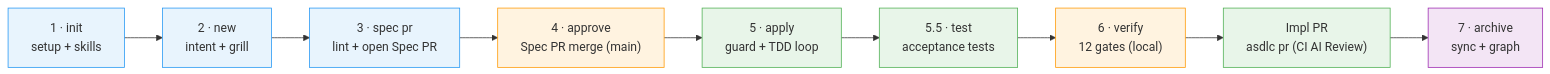
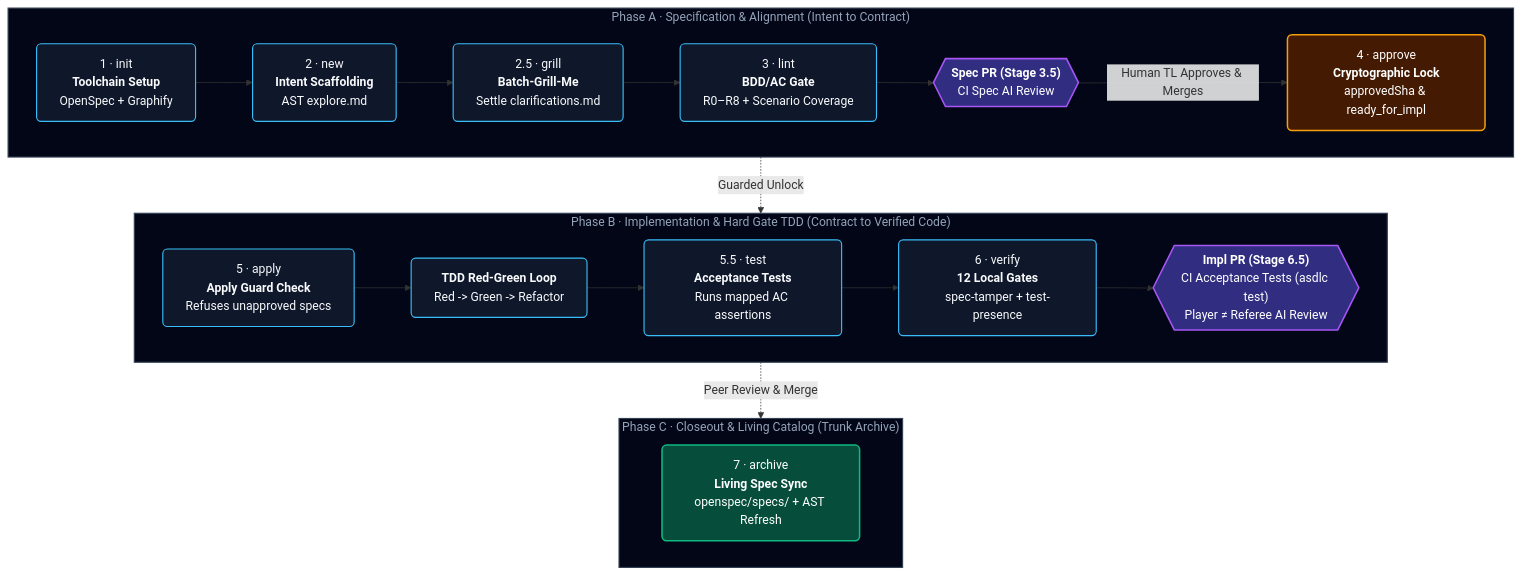
Before and after one commit to akjamie/agentic-sdlc: the second of 3 diagrams in README.md, drawn with Mermaid. The commit also changed other lines of this file, not shown here.

Commit message:
style(readme): redesign architecture, seven stages, and verify diagrams with modern aesthetics

````diff
--- a/README.md
+++ b/README.md
@@ -126,21 +150,37 @@
 ```mermaid
-flowchart LR
-    S1["1 · init<br/>setup + skills"] --> S2["2 · new<br/>intent + grill"]
-    S2 --> S3["3 · spec pr<br/>lint + open Spec PR"]
-    S3 --> S4["4 · approve<br/>Spec PR merge (main)"]
-    S4 --> S5["5 · apply<br/>guard + TDD loop"]
-    S5 --> S5b["5.5 · test<br/>acceptance tests"]
-    S5b --> S6["6 · verify<br/>12 gates (local)"]
-    S6 --> PR2["Impl PR<br/>asdlc pr (CI AI Review)"]
-    PR2 --> S7["7 · archive<br/>sync + graph"]
+flowchart TD
+    subgraph PHASE1 ["Phase A · Specification & Alignment (Intent to Contract)"]
+        direction LR
+        S1["1 · init<br/><b>Toolchain Setup</b><br/>OpenSpec + Graphify"] --> S2["2 · new<br/><b>Intent Scaffolding</b><br/>AST explore.md"]
+        S2 --> S2b["2.5 · grill<br/><b>Batch-Grill-Me</b><br/>Settle clarifications.md"]
+        S2b --> S3["3 · lint<br/><b>BDD/AC Gate</b><br/>R0–R8 + Scenario Coverage"]
+        S3 --> PR1{{"<b>Spec PR (Stage 3.5)</b><br/>CI Spec AI Review"}}
+        PR1 -->|"Human TL Approves & Merges"| S4["4 · approve<br/><b>Cryptographic Lock</b><br/>approvedSha & ready_for_impl"]
+    end
 
-    style S1 fill:#e8f4fd,stroke:#2196f3
-    style S2 fill:#e8f4fd,stroke:#2196f3
-    style S3 fill:#e8f4fd,stroke:#2196f3
-    style S4 fill:#fff3e0,stroke:#ff9800
-    style S5 fill:#e8f5e9,stroke:#4caf50
-    style S5b fill:#e8f5e9,stroke:#4caf50
-    style S6 fill:#fff3e0,stroke:#ff9800
-    style PR2 fill:#e8f5e9,stroke:#4caf50
-    style S7 fill:#f3e5f5,stroke:#9c27b0
+    subgraph PHASE2 ["Phase B · Implementation & Hard Gate TDD (Contract to Verified Code)"]
+        direction LR
+        S4 -.->|"Guarded Unlock"| S5["5 · apply<br/><b>Apply Guard Check</b><br/>Refuses unapproved specs"]
+        S5 --> S5_TDD["<b>TDD Red-Green Loop</b><br/>Red -> Green -> Refactor"]
+        S5_TDD --> S5_TEST["5.5 · test<br/><b>Acceptance Tests</b><br/>Runs mapped AC assertions"]
+        S5_TEST --> S6["6 · verify<br/><b>12 Local Gates</b><br/>spec-tamper + test-presence"]
+        S6 --> PR2{{"<b>Impl PR (Stage 6.5)</b><br/>CI Acceptance Tests (asdlc test)<br/>Player ≠ Referee AI Review"}}
+    end
+
+    subgraph PHASE3 ["Phase C · Closeout & Living Catalog (Trunk Archive)"]
+        direction LR
+        PR2 -.->|"Peer Review & Merge"| S7["7 · archive<br/><b>Living Spec Sync</b><br/>openspec/specs/ + AST Refresh"]
+    end
+
+    classDef stageBox fill:#0f172a,stroke:#38bdf8,stroke-width:1.5px,color:#f8fafc,rx:6px,ry:6px;
+    classDef prBox fill:#312e81,stroke:#a855f7,stroke-width:2px,color:#ffffff,rx:10px,ry:10px;
+    classDef lockBox fill:#451a03,stroke:#f59e0b,stroke-width:2px,color:#ffffff,rx:6px,ry:6px;
+    classDef closeBox fill:#064e3b,stroke:#10b981,stroke-width:2px,color:#ffffff,rx:6px,ry:6px;
+    classDef subStyle fill:#020617,stroke:#334155,stroke-width:1.5px,color:#94a3b8;
+
+    class S1,S2,S2b,S3,S5,S5_TDD,S5_TEST,S6 stageBox;
+    class PR1,PR2 prBox;
+    class S4 lockBox;
+    class S7 closeBox;
+    class PHASE1,PHASE2,PHASE3 subStyle;
 ```
````
